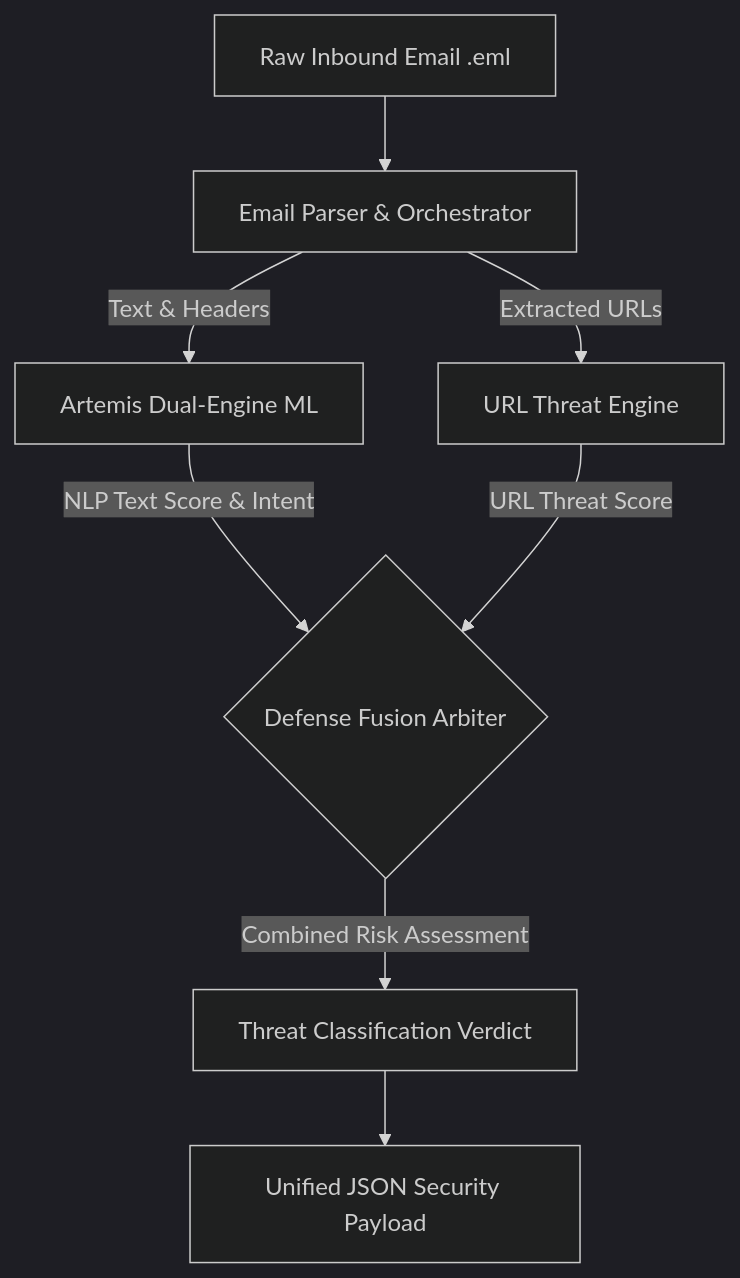
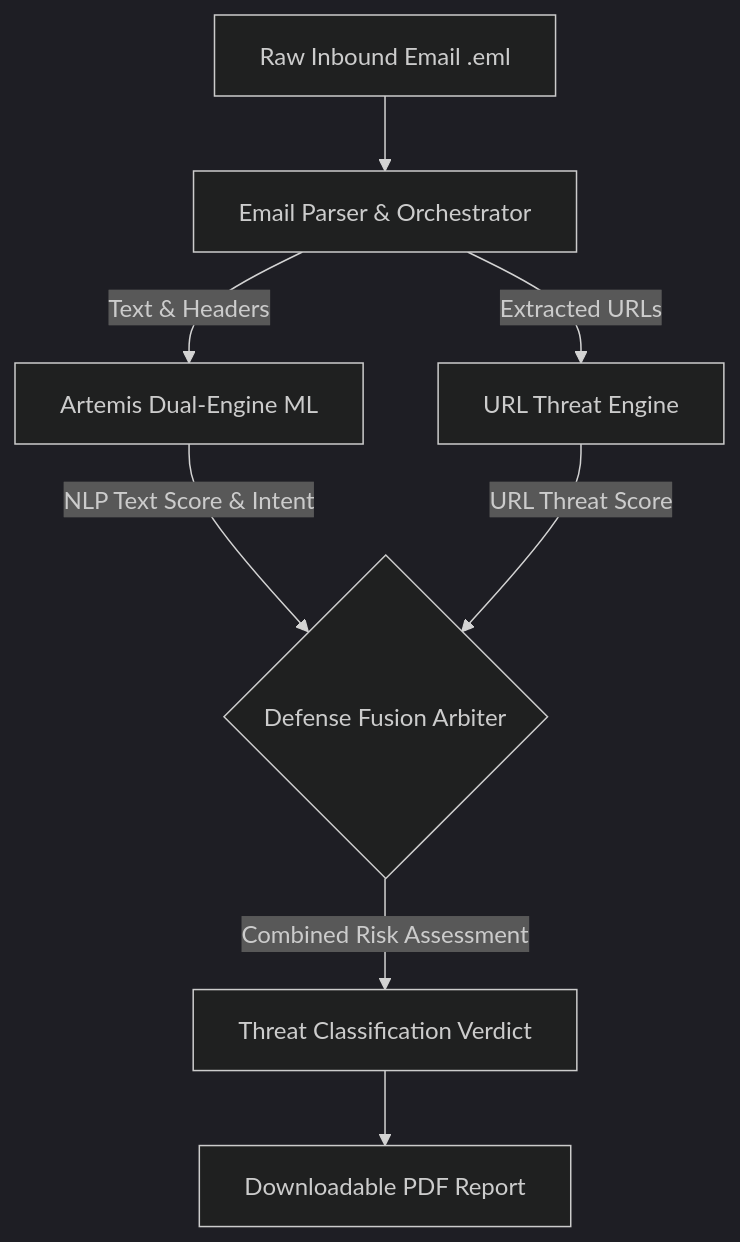
One commit to rajnil9/Artemis changed the diagram in README.md. Above: the diagram before and after it, drawn with Mermaid (dark theme). The commit also changed other lines of this file and 1 other file, not shown here.

Commit message:
docs: Update final payload node to Downloadable PDF Report

````diff
--- a/README.md
+++ b/README.md
@@ -13,15 +13,15 @@
 ```mermaid
 graph TD
     A[Raw Inbound Email .eml] --> B[Email Parser & Orchestrator]
     
     %% Artemis Pipeline
     B -->|Text & Headers| C[Artemis Dual-Engine ML]
     B -->|Extracted URLs| D[URL Threat Engine]
     
     C -->|NLP Text Score & Intent| E{Defense Fusion Arbiter}
     D -->|URL Threat Score| E
     E -->|Combined Risk Assessment| F[Threat Classification Verdict]
     
     %% Final Unification
-    F --> N[Unified JSON Security Payload]
+    F --> N[Downloadable PDF Report]
 ```
````
